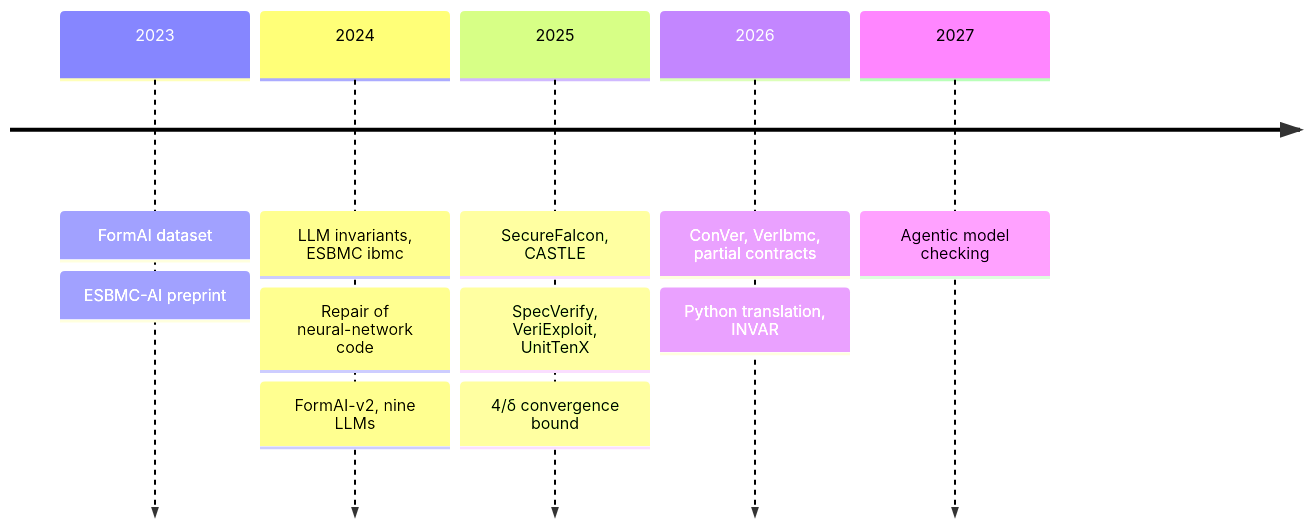
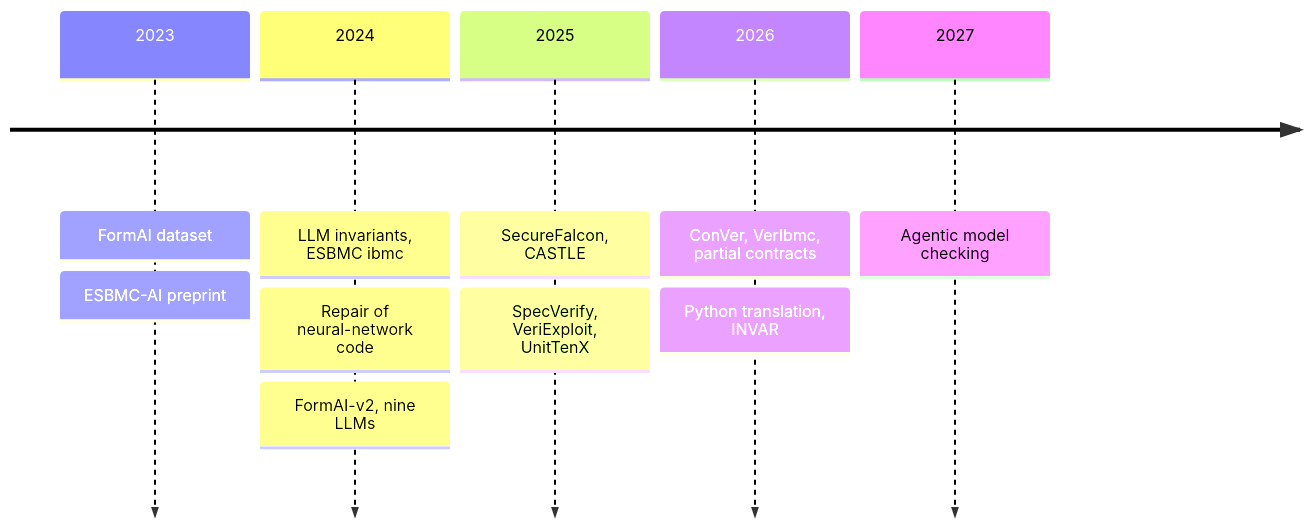
The second of 2 diagrams in lucasccordeiro-src/_posts/2026-10-30-llms-propose-verifiers-check.md (ssvlab/ssvlab.github.io), drawn with Mermaid before and after one commit. The commit also changed other lines of this file and 4 other files, not shown here.

````diff
--- a/lucasccordeiro-src/_posts/2026-10-30-llms-propose-verifiers-check.md
+++ b/lucasccordeiro-src/_posts/2026-10-30-llms-propose-verifiers-check.md
@@ -61,14 +61,13 @@
 ```mermaid
 timeline
     2023 : FormAI dataset
          : ESBMC-AI preprint
     2024 : LLM invariants, ESBMC ibmc
          : Repair of neural-network code
          : FormAI-v2, nine LLMs
     2025 : SecureFalcon, CASTLE
          : SpecVerify, VeriExploit, UnitTenX
-         : 4/δ convergence bound
     2026 : ConVer, VerIbmc, partial contracts
          : Python translation, INVAR
     2027 : Agentic model checking
 ```
````
